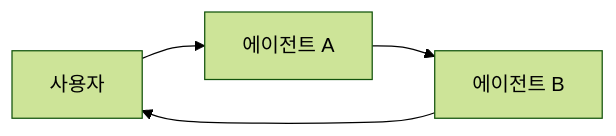
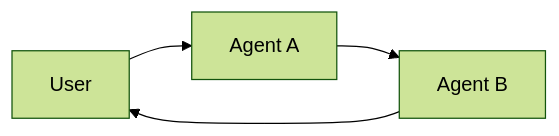
The second of 2 diagrams in src-ko/oss/langchain/multi-agent.mdx (jeongsk/langchain-docs), drawn with Mermaid (forest theme) before and after one commit. The commit also changed other lines of this file and 835 other files, not shown here.

````diff
--- a/src-ko/oss/langchain/multi-agent.mdx
+++ b/src-ko/oss/langchain/multi-agent.mdx
@@ -312,6 +312,6 @@
 ```mermaid
 graph LR
-    A[사용자] --> B[에이전트 A]
-    B --> C[에이전트 B]
+    A[User] --> B[Agent A]
+    B --> C[Agent B]
     C --> A
 ```
````
